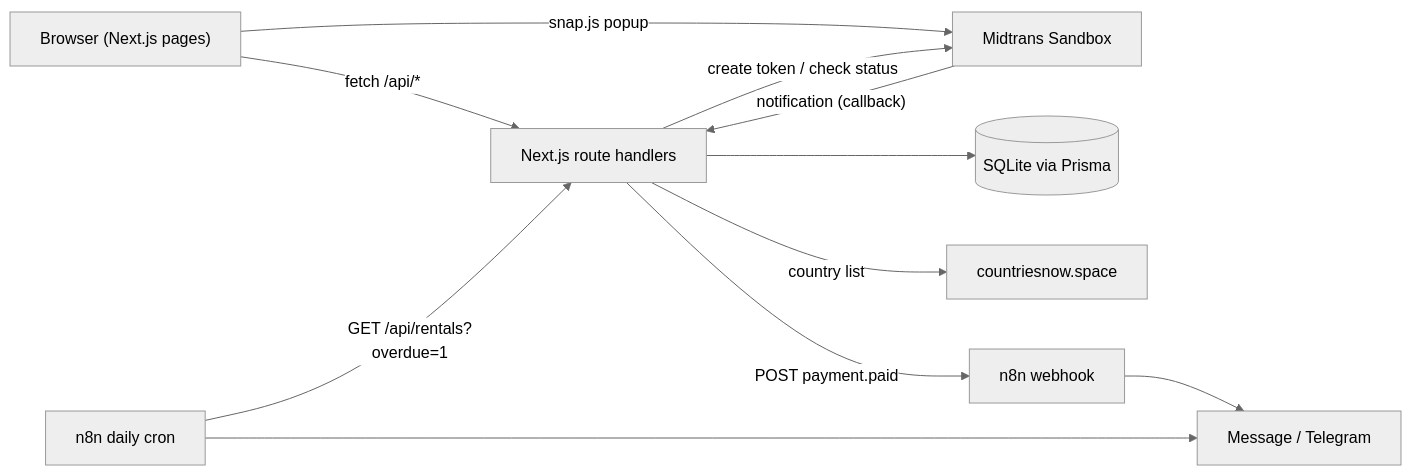
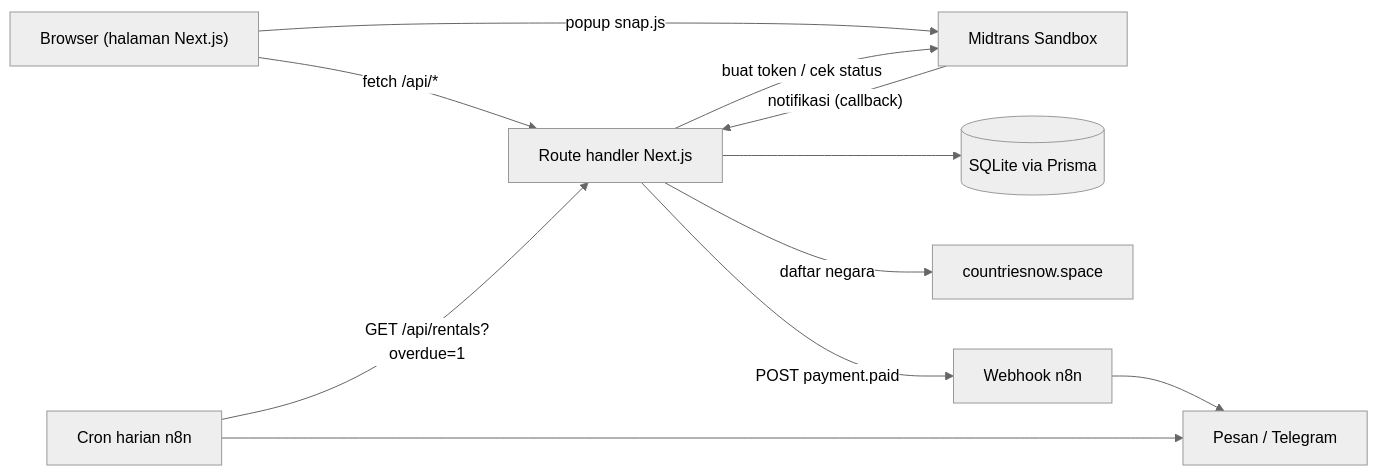
Before and after one commit to abdussalim/erp-modules: the diagram in README.md, drawn with Mermaid (neutral theme). The commit also changed other lines of this file, not shown here.

````diff
--- a/README.md
+++ b/README.md
@@ -65,13 +65,13 @@
 ```mermaid
 flowchart LR
-  Browser["Browser (Next.js pages)"] -->|fetch /api/*| API["Next.js route handlers"]
-  Browser -->|snap.js popup| MT["Midtrans Sandbox"]
+  Browser["Browser (halaman Next.js)"] -->|fetch /api/*| API["Route handler Next.js"]
+  Browser -->|popup snap.js| MT["Midtrans Sandbox"]
   API --> DB[("SQLite via Prisma")]
-  API -->|country list| CN["countriesnow.space"]
-  API -->|create token / check status| MT
-  MT -->|"notification (callback)"| API
-  API -->|POST payment.paid| N8N["n8n webhook"]
-  CRON["n8n daily cron"] -->|GET /api/rentals?overdue=1| API
-  N8N --> MSG["Message / Telegram"]
+  API -->|daftar negara| CN["countriesnow.space"]
+  API -->|buat token / cek status| MT
+  MT -->|"notifikasi (callback)"| API
+  API -->|POST payment.paid| N8N["Webhook n8n"]
+  CRON["Cron harian n8n"] -->|GET /api/rentals?overdue=1| API
+  N8N --> MSG["Pesan / Telegram"]
   CRON --> MSG
 ```
````
